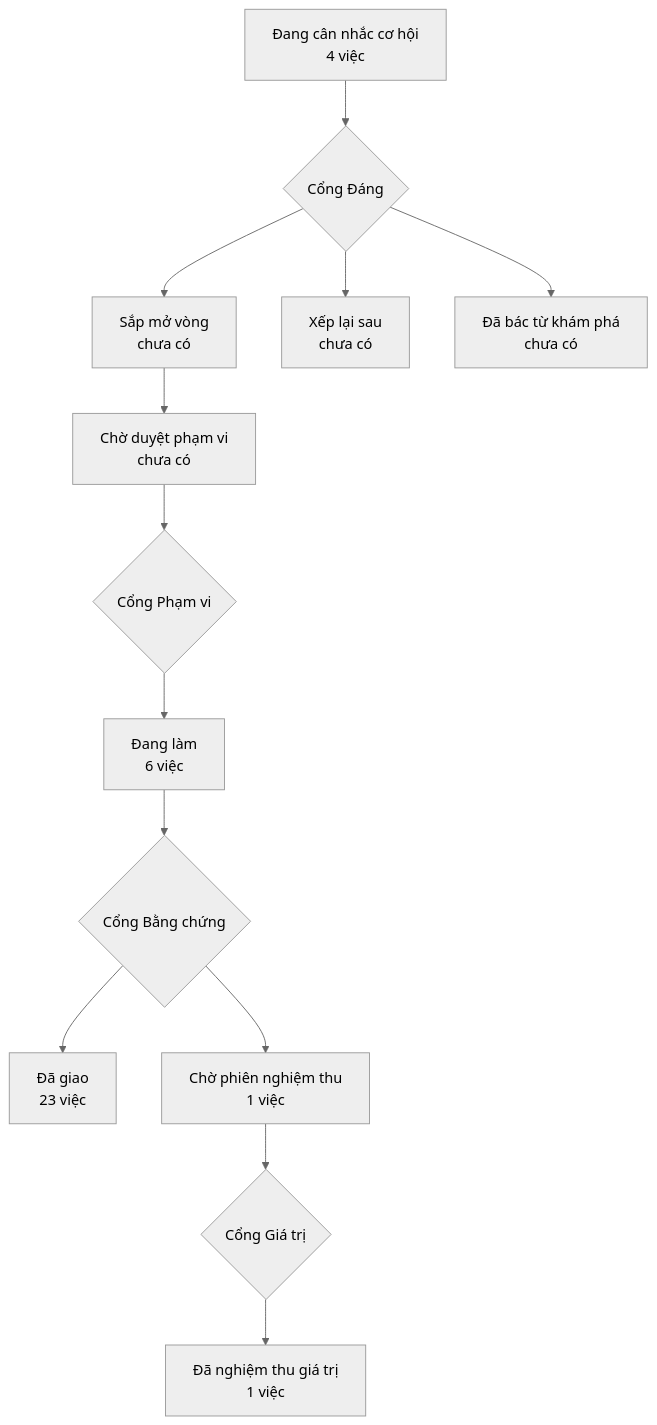
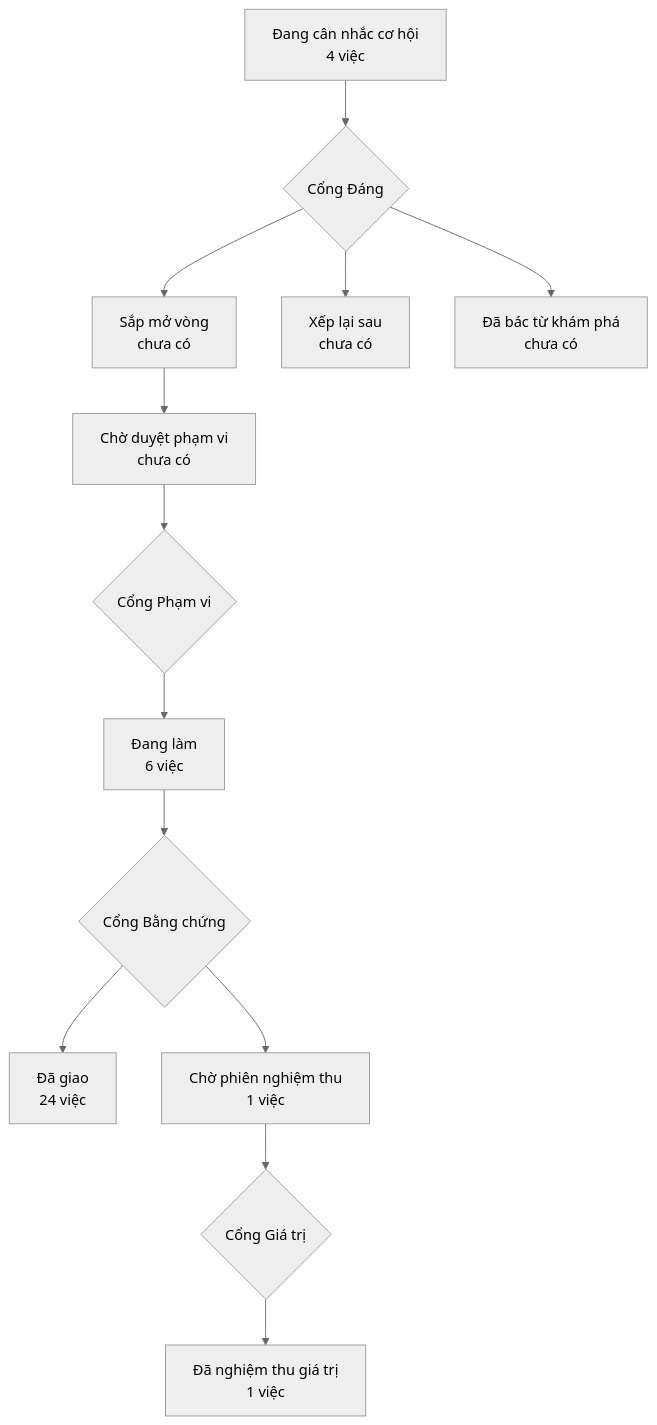
Before and after one commit to phanlemanh/crm-onehub: the diagram in PRODUCT-MAP.md, drawn with Mermaid (neutral theme). The commit also changed 3 other files, not shown here.

````diff
--- a/PRODUCT-MAP.md
+++ b/PRODUCT-MAP.md
@@ -6,12 +6,12 @@
 ```mermaid
 flowchart TD
   A["Đang cân nhắc cơ hội<br/>4 việc"] --> GD{"Cổng Đáng"}
   GD --> B["Sắp mở vòng<br/>chưa có"]
   GD --> XL["Xếp lại sau<br/>chưa có"]
   GD --> DB["Đã bác từ khám phá<br/>chưa có"]
   B --> CD["Chờ duyệt phạm vi<br/>chưa có"] --> GP{"Cổng Phạm vi"}
   GP --> DL["Đang làm<br/>6 việc"] --> GB{"Cổng Bằng chứng"}
-  GB --> DG["Đã giao<br/>23 việc"]
+  GB --> DG["Đã giao<br/>24 việc"]
   GB --> CN["Chờ phiên nghiệm thu<br/>1 việc"] --> GG{"Cổng Giá trị"}
   GG --> NT["Đã nghiệm thu giá trị<br/>1 việc"]
 ```
````
